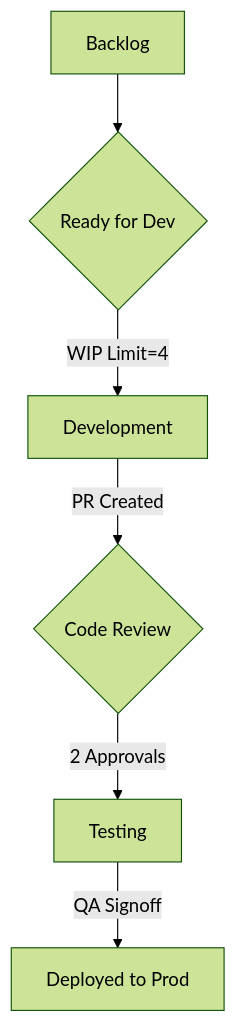
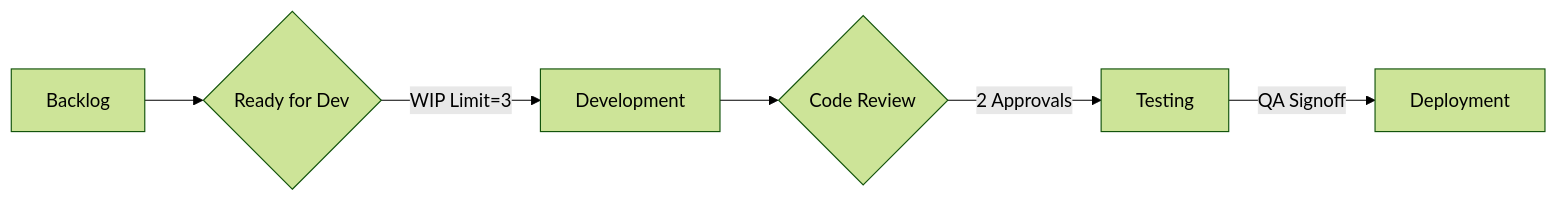
One commit to zerospeak/Corpay_Competency changed the first of 3 diagrams in README.md. Above: the diagram before and after it, drawn with Mermaid (forest theme). The commit also changed other lines of this file, not shown here.

````diff
--- a/README.md
+++ b/README.md
@@ -54,8 +106,8 @@
-```mermaid  
-graph TD  
-  A[Backlog] --> B{Ready for Dev}  
-  B -->|WIP Limit=4| C[Development]  
-  C -->|PR Created| D{Code Review}  
-  D -->|2 Approvals| E[Testing]  
-  E -->|QA Signoff| F[Deployed to Prod]  
+```mermaid
+graph LR
+  A[Backlog] --> B{Ready for Dev}
+  B -->|WIP Limit=3| C[Development]
+  C --> D{Code Review}
+  D -->|2 Approvals| E[Testing]
+  E -->|QA Signoff| F[Deployment]
 ```
````
